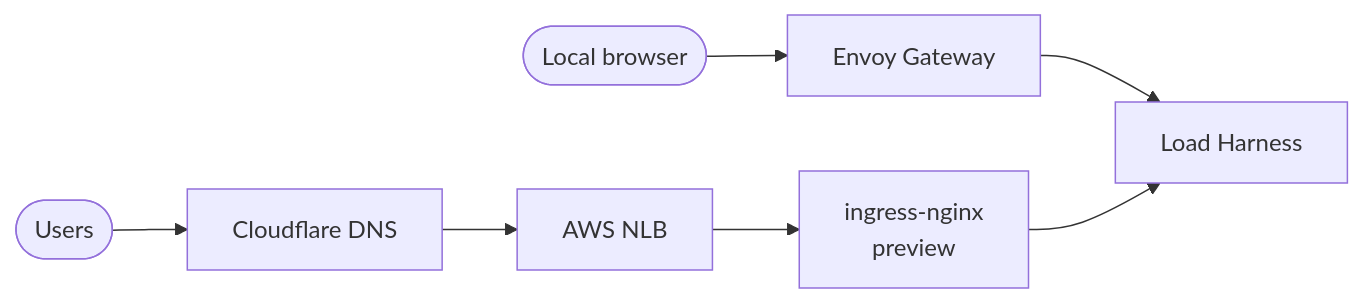
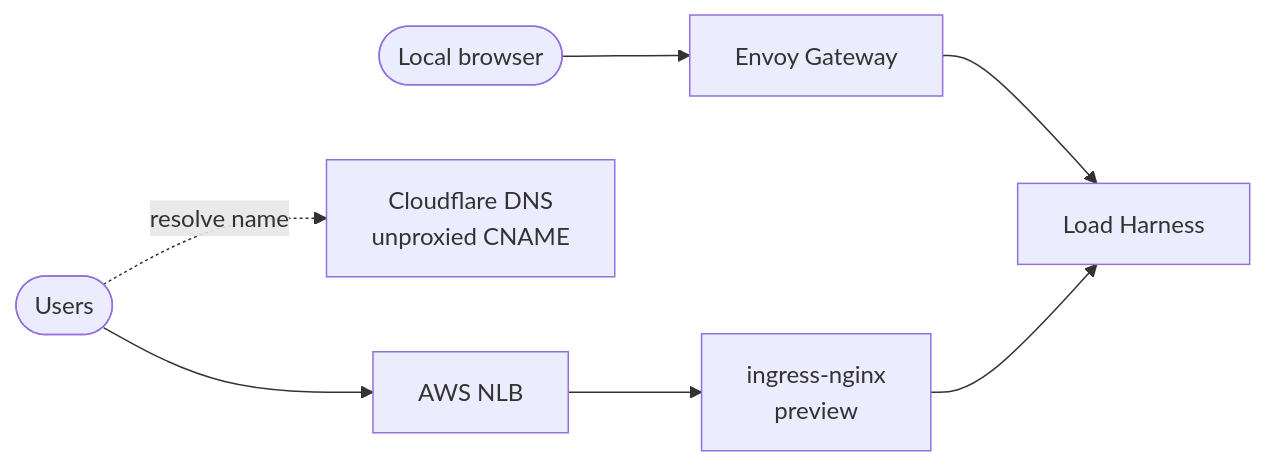
Before and after one commit to ImranAdan/infra-fleet-public: the fifth of 7 diagrams in docs/ARCHITECTURE.md, drawn with Mermaid. The commit also changed other lines of this file, not shown here.

Commit message:
docs: keep DNS resolution off the AWS request path
CodeRabbit review on #79, accepted: the Cloudflare record is an
unproxied CNAME, so Cloudflare resolves the name but does not carry
application traffic. Users now reach the NLB directly, with DNS shown
as a separate resolution step.

````diff
--- a/docs/ARCHITECTURE.md
+++ b/docs/ARCHITECTURE.md
@@ -96,5 +96,6 @@
 ```mermaid
 flowchart LR
     Local(["Local browser"]) --> Envoy["Envoy Gateway"] --> App["Load Harness"]
-    Users(["Users"]) --> DNS["Cloudflare DNS"] --> NLB["AWS NLB"] --> NGINX["ingress-nginx<br/>preview"] --> App
+    Users(["Users"]) -.->|resolve name| DNS["Cloudflare DNS<br/>unproxied CNAME"]
+    Users --> NLB["AWS NLB"] --> NGINX["ingress-nginx<br/>preview"] --> App
 ```
````
